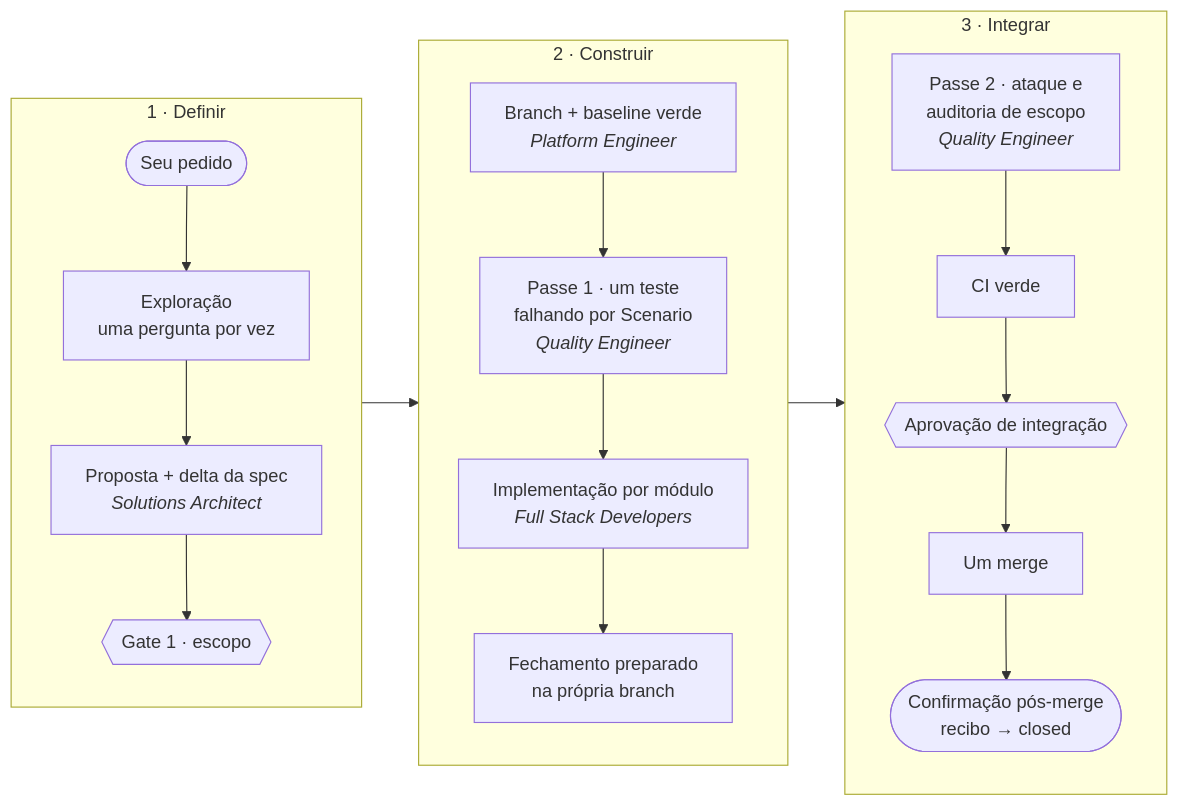
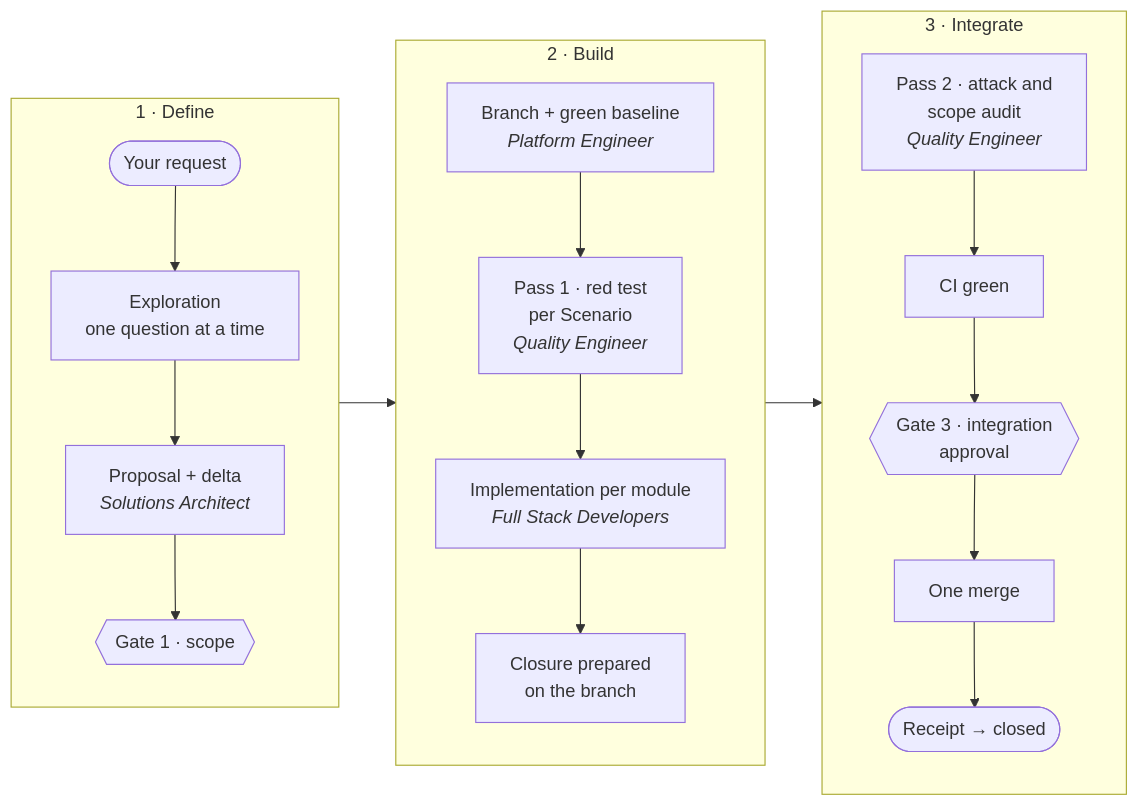
Before and after one commit to Spectree-Tecnologia/spectree-invoker: the diagram in README.md, drawn with Mermaid. The commit also changed other lines of this file and 12 other files, not shown here.

````diff
--- a/README.md
+++ b/README.md
@@ -78,23 +107,23 @@
 ```mermaid
 flowchart LR
-    subgraph D["1 · Definir"]
+    subgraph D["1 · Define"]
         direction TB
-        A([Seu pedido]) --> B[Exploração<br/>uma pergunta por vez]
-        B --> C[Proposta + delta da spec<br/><i>Solutions Architect</i>]
-        C --> G1{{Gate 1 · escopo}}
+        A([Your request]) --> B[Exploration<br/>one question at a time]
+        B --> C[Proposal + delta<br/><i>Solutions Architect</i>]
+        C --> G1{{Gate 1 · scope}}
     end
-    subgraph B2["2 · Construir"]
+    subgraph B2["2 · Build"]
         direction TB
-        E1[Branch + baseline verde<br/><i>Platform Engineer</i>] --> E2[Passe 1 · um teste<br/>falhando por Scenario<br/><i>Quality Engineer</i>]
-        E2 --> E3[Implementação por módulo<br/><i>Full Stack Developers</i>]
-        E3 --> E4[Fechamento preparado<br/>na própria branch]
+        E1[Branch + green baseline<br/><i>Platform Engineer</i>] --> E2[Pass 1 · red test<br/>per Scenario<br/><i>Quality Engineer</i>]
+        E2 --> E3[Implementation per module<br/><i>Full Stack Developers</i>]
+        E3 --> E4[Closure prepared<br/>on the branch]
     end
-    subgraph I["3 · Integrar"]
+    subgraph I["3 · Integrate"]
         direction TB
-        I1[Passe 2 · ataque e<br/>auditoria de escopo<br/><i>Quality Engineer</i>] --> I2[CI verde]
-        I2 --> G2{{Aprovação de integração}}
-        G2 --> I3[Um merge]
-        I3 --> I4([Confirmação pós-merge<br/>recibo → closed])
+        I1[Pass 2 · attack and<br/>scope audit<br/><i>Quality Engineer</i>] --> I2[CI green]
+        I2 --> G3{{Gate 3 · integration<br/>approval}}
+        G3 --> I3[One merge]
+        I3 --> I4([Receipt → closed])
     end
     D --> B2 --> I
 ```
````
